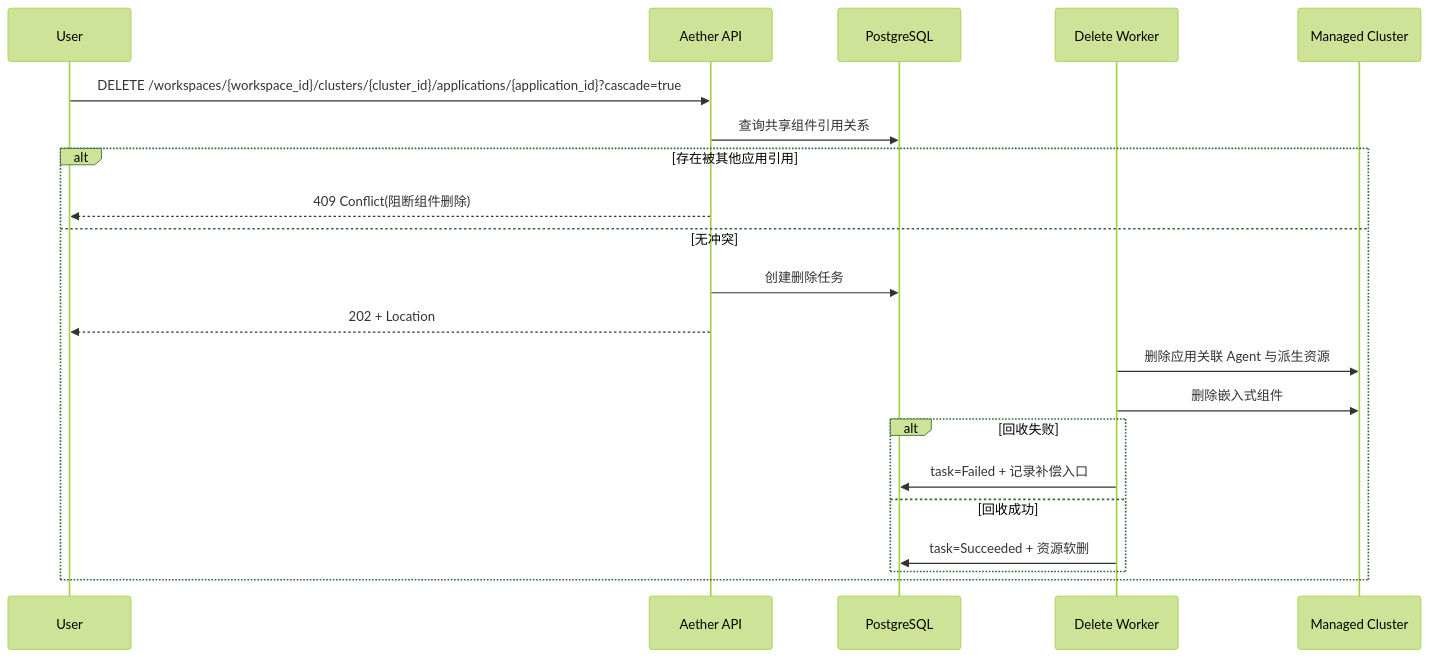
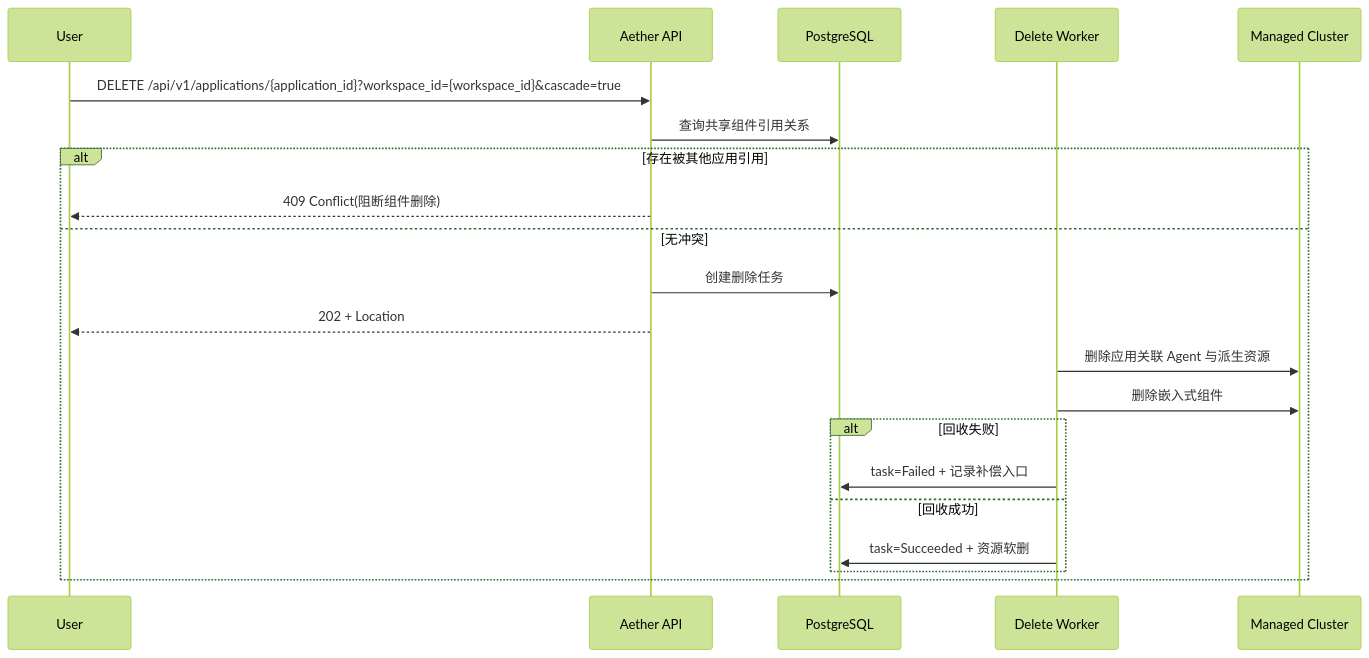
The sixth of 26 diagrams in docs/design.md (sentanl869/aether), drawn with Mermaid (forest theme) before and after one commit. The commit also changed other lines of this file and 2 other files, not shown here.

````diff
--- a/docs/design.md
+++ b/docs/design.md
@@ -484,24 +490,24 @@
 ```mermaid
 sequenceDiagram
   participant User as User
   participant API as Aether API
   participant DB as PostgreSQL
   participant W as Delete Worker
   participant K8S as Managed Cluster
 
-  User->>API: DELETE /workspaces/{workspace_id}/clusters/{cluster_id}/applications/{application_id}?cascade=true
+  User->>API: DELETE /api/v1/applications/{application_id}?workspace_id={workspace_id}&cascade=true
   API->>DB: 查询共享组件引用关系
   alt 存在被其他应用引用
     API-->>User: 409 Conflict(阻断组件删除)
   else 无冲突
     API->>DB: 创建删除任务
     API-->>User: 202 + Location
     W->>K8S: 删除应用关联 Agent 与派生资源
     W->>K8S: 删除嵌入式组件
     alt 回收失败
       W->>DB: task=Failed + 记录补偿入口
     else 回收成功
       W->>DB: task=Succeeded + 资源软删
     end
   end
 ```
````
